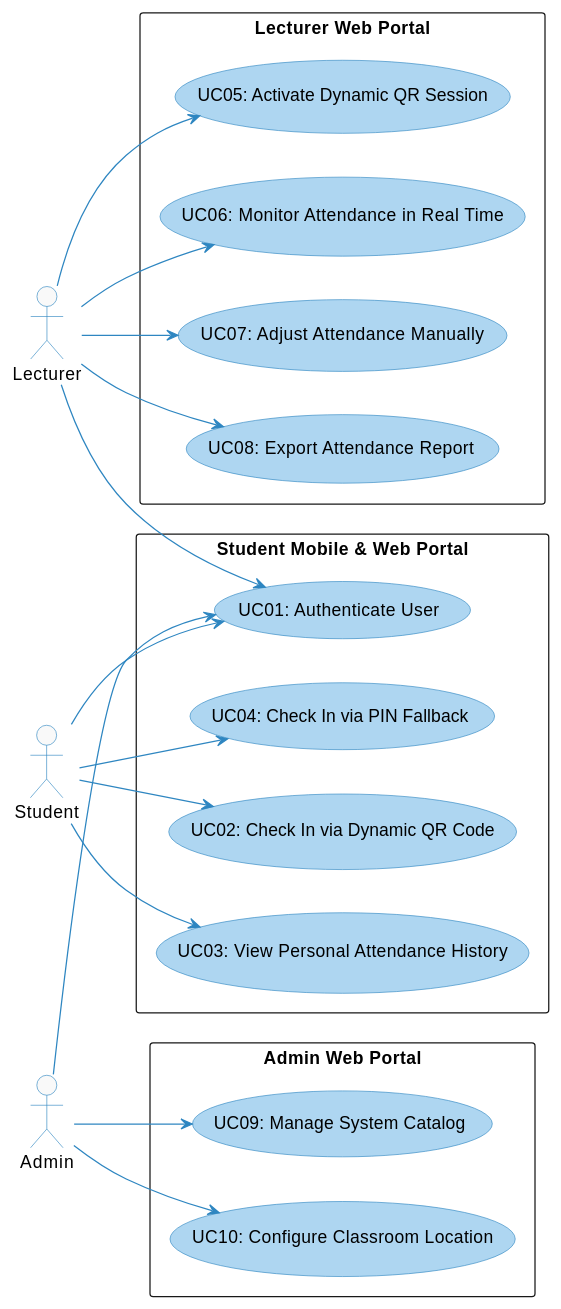
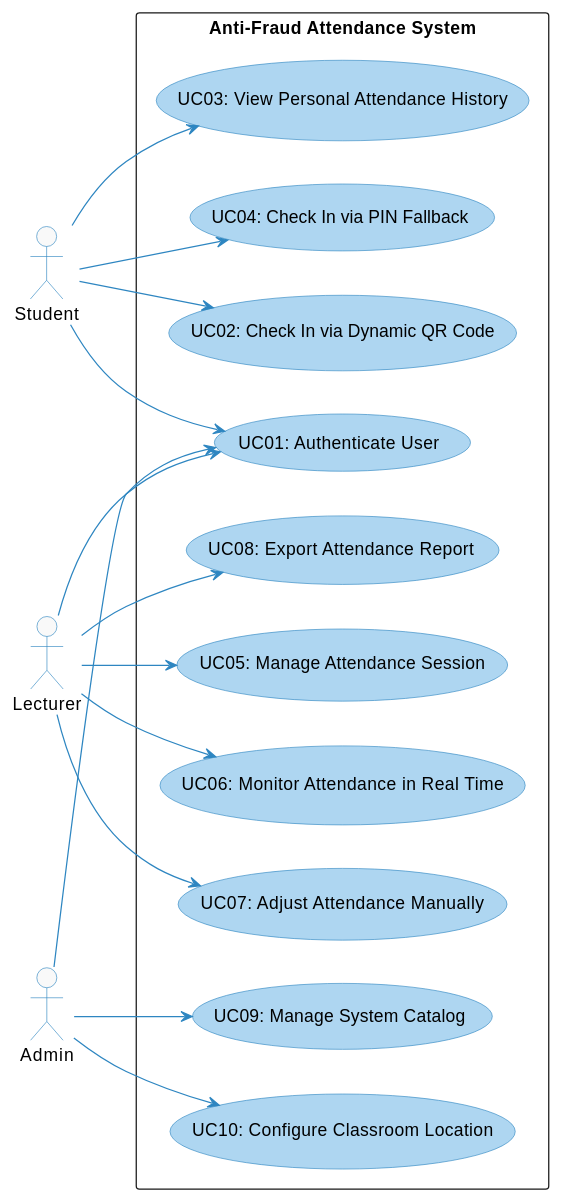
Before and after one commit to nttung42/SWD392: the second of 6 diagrams in MainDocs/1_Requirement.md, drawn with PlantUML. The commit also changed other lines of this file, not shown here.

````diff
--- a/MainDocs/1_Requirement.md
+++ b/MainDocs/1_Requirement.md
@@ -179,49 +162,43 @@
 ```plantuml
 @startuml Overview_Use_Case_Diagram
 left to right direction
 skinparam ActorBackgroundColor #F9F9F9
 skinparam ActorBorderColor #2E86C1
 skinparam UseCaseBackgroundColor #AED6F1
 skinparam UseCaseBorderColor #2E86C1
 skinparam ArrowColor #2E86C1
 
 actor Student
 actor Lecturer
 actor Admin
 
-rectangle "Student Mobile & Web Portal" as Student_Subsystem {
+rectangle "Anti-Fraud Attendance System" as AFAS {
     usecase "UC01: Authenticate User" as UC01
     usecase "UC02: Check In via Dynamic QR Code" as UC02
     usecase "UC03: View Personal Attendance History" as UC03
     usecase "UC04: Check In via PIN Fallback" as UC04
-}
-
-rectangle "Lecturer Web Portal" as Lecturer_Subsystem {
-    usecase "UC05: Activate Dynamic QR Session" as UC05
+    usecase "UC05: Manage Attendance Session" as UC05
     usecase "UC06: Monitor Attendance in Real Time" as UC06
     usecase "UC07: Adjust Attendance Manually" as UC07
     usecase "UC08: Export Attendance Report" as UC08
-}
-
-rectangle "Admin Web Portal" as Admin_Subsystem {
     usecase "UC09: Manage System Catalog" as UC09
     usecase "UC10: Configure Classroom Location" as UC10
 }
 
 Student --> UC01
 Student --> UC02
 Student --> UC03
 Student --> UC04
 
 Lecturer --> UC01
 Lecturer --> UC05
 Lecturer --> UC06
 Lecturer --> UC07
 Lecturer --> UC08
 
 Admin --> UC01
 Admin --> UC09
 Admin --> UC10
 
 @enduml
 ```
````
